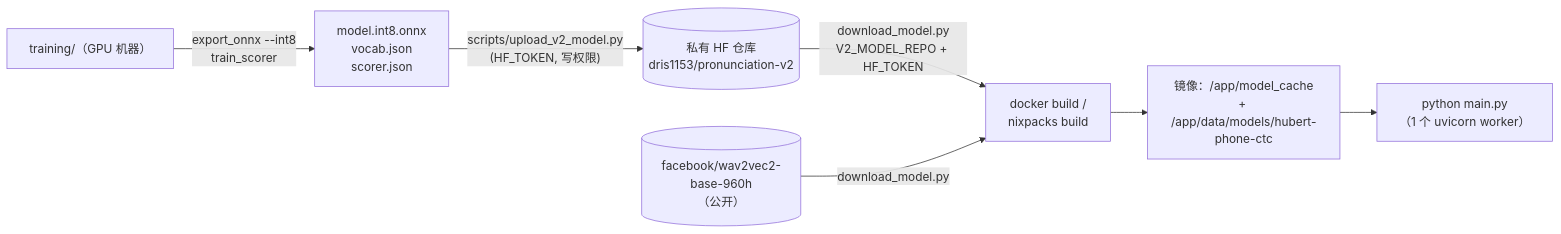
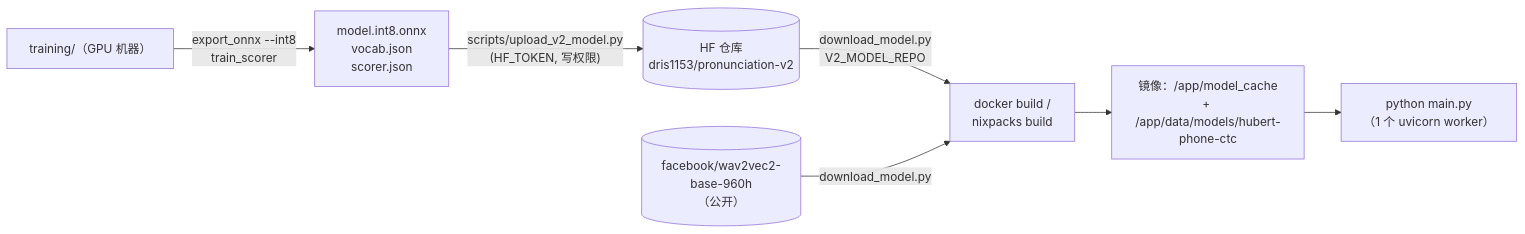
The diagram in languages/zh/docs/deployment.md (dris1153/pronunciation-service), drawn with Mermaid before and after one commit. The commit also changed other lines of this file and 40 other files, not shown here.

````diff
--- a/languages/zh/docs/deployment.md
+++ b/languages/zh/docs/deployment.md
@@ -9,9 +9,9 @@
 ```mermaid
 flowchart LR
     train["training/（GPU 机器）"] -->|"export_onnx --int8<br/>train_scorer"| files["model.int8.onnx<br/>vocab.json<br/>scorer.json"]
-    files -->|"scripts/upload_v2_model.py<br/>(HF_TOKEN, 写权限)"| hf[("私有 HF 仓库<br/>dris1153/pronunciation-v2")]
-    hf -->|"download_model.py<br/>V2_MODEL_REPO + HF_TOKEN"| build["docker build /<br/>nixpacks build"]
+    files -->|"scripts/upload_v2_model.py<br/>(HF_TOKEN, 写权限)"| hf[("HF 仓库<br/>dris1153/pronunciation-v2")]
+    hf -->|"download_model.py<br/>V2_MODEL_REPO"| build["docker build /<br/>nixpacks build"]
     pub[("facebook/wav2vec2-base-960h<br/>（公开）")] -->|"download_model.py"| build
     build --> img["镜像：/app/model_cache<br/>+ /app/data/models/hubert-phone-ctc"]
     img --> run["python main.py<br/>（1 个 uvicorn worker）"]
 ```
````
